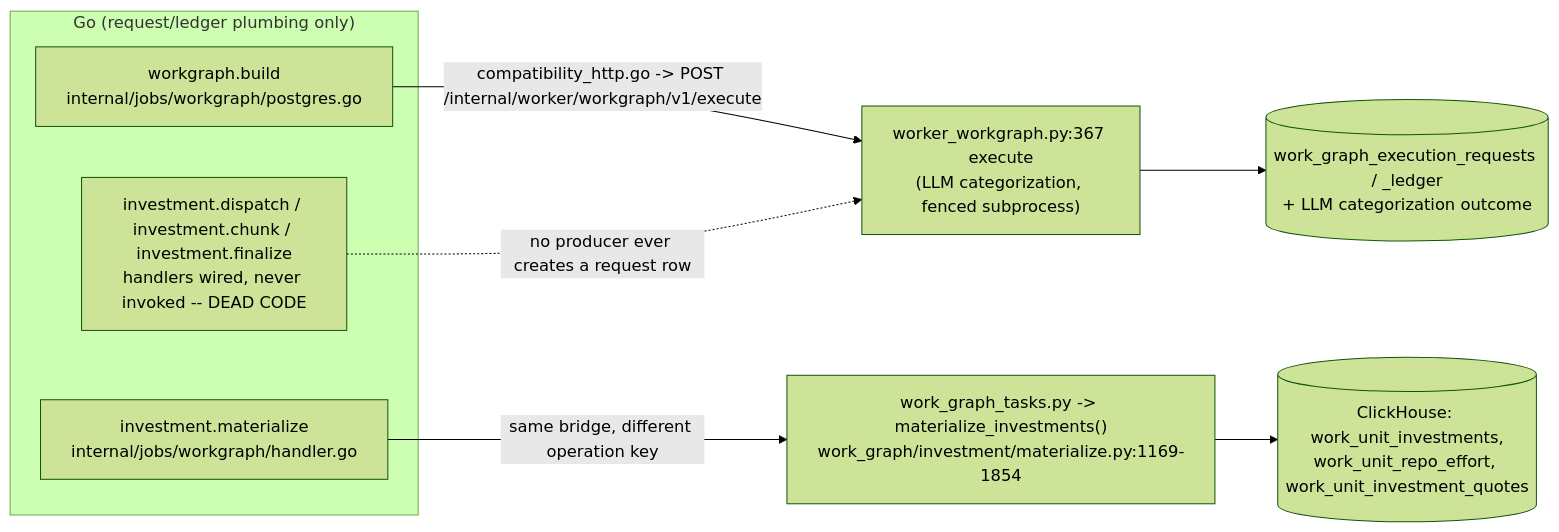
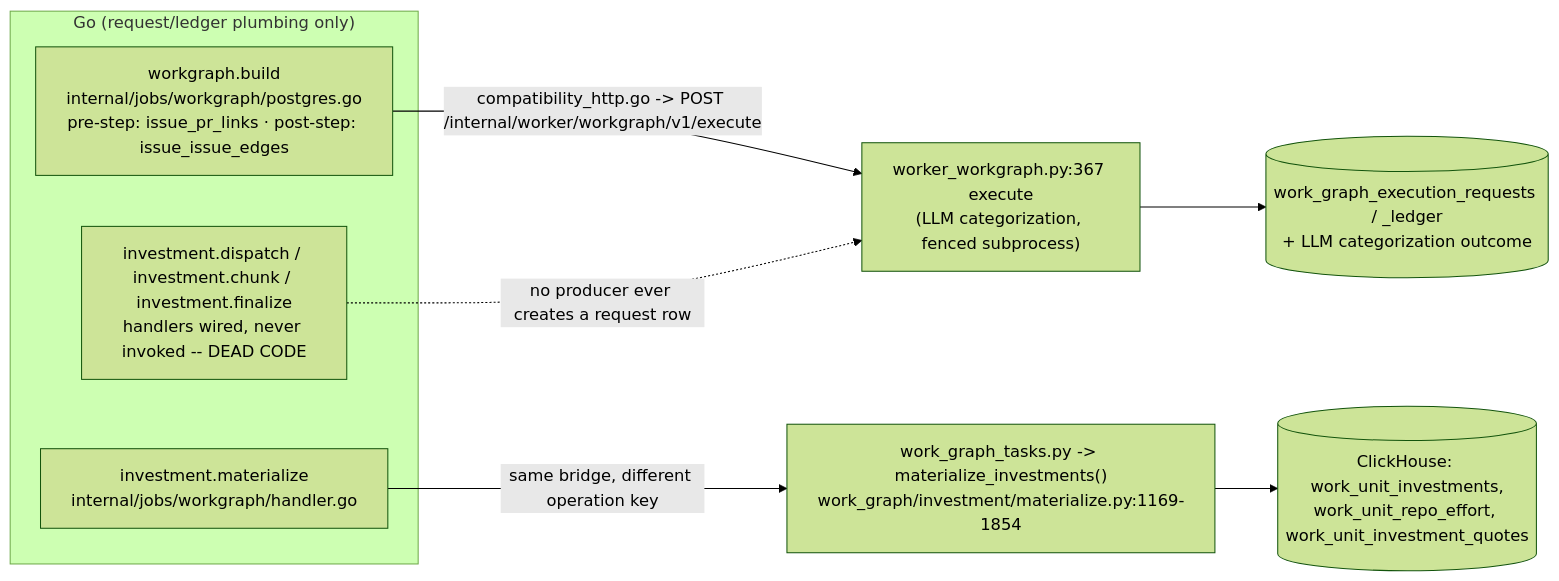
Before and after one commit to full-chaos/dev-health-ops: the third of 3 diagrams in docs/reference/runtime/python-go-live-path-ledger.md, drawn with Mermaid (forest theme). The commit also changed other lines of this file, not shown here.

First line of the commit message:
Correct the live-path ledger: workgraph.build is no longer bridge-only

````diff
--- a/docs/reference/runtime/python-go-live-path-ledger.md
+++ b/docs/reference/runtime/python-go-live-path-ledger.md
@@ -162,13 +171,13 @@
 ```mermaid
 flowchart LR
   subgraph Go["Go (request/ledger plumbing only)"]
-    WGREQ["workgraph.build<br/>internal/jobs/workgraph/postgres.go"]
+    WGREQ["workgraph.build<br/>internal/jobs/workgraph/postgres.go<br/>pre-step: issue_pr_links · post-step: issue_issue_edges"]
     INVREQ["investment.materialize<br/>internal/jobs/workgraph/handler.go"]
     DEAD["investment.dispatch / investment.chunk / investment.finalize<br/>handlers wired, never invoked -- DEAD CODE"]
   end
   WGREQ -->|"compatibility_http.go -&gt; POST /internal/worker/workgraph/v1/execute"| WGP["worker_workgraph.py:367 execute<br/>(LLM categorization, fenced subprocess)"]
   INVREQ -->|"same bridge, different operation key"| INVP["work_graph_tasks.py -&gt; materialize_investments()<br/>work_graph/investment/materialize.py:1169-1854"]
   WGP --> WGT[("work_graph_execution_requests / _ledger<br/>+ LLM categorization outcome")]
   INVP --> INVT[("ClickHouse: work_unit_investments,<br/>work_unit_repo_effort, work_unit_investment_quotes")]
   DEAD -.->|"no producer ever creates a request row"| WGP
 ```
````
